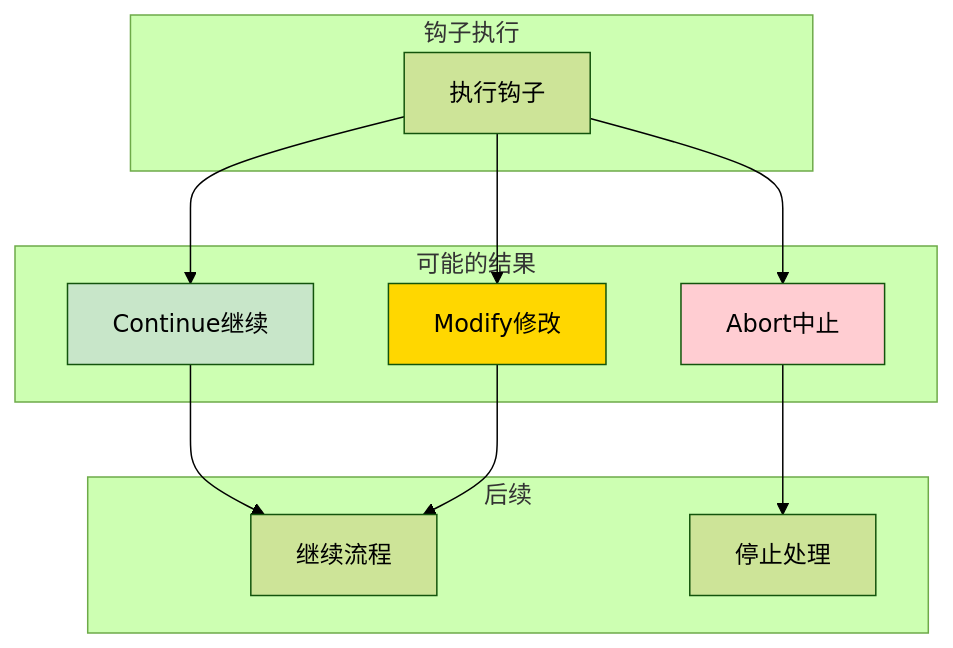
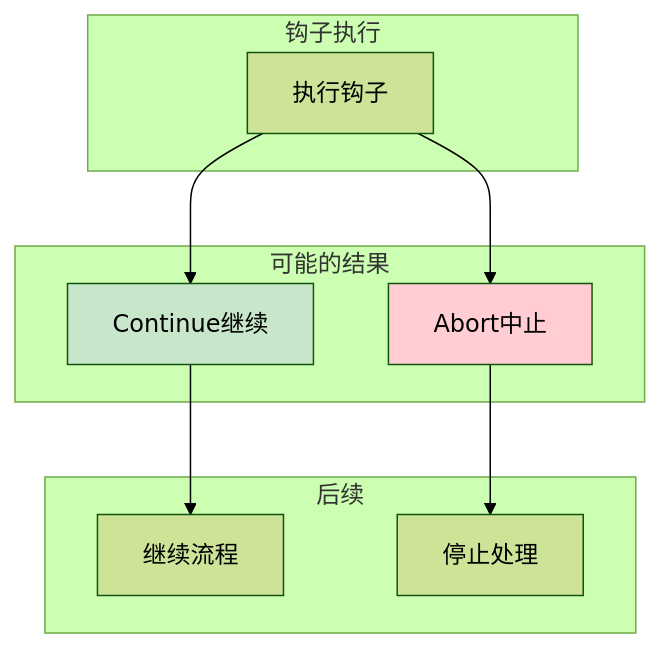
One commit to yeheng/nanobot-rs changed diagram 11 of 16 in docs/hooks.md. Above: the diagram before and after it, drawn with Mermaid (forest theme). The commit also changed other lines of this file and 35 other files, not shown here.

````diff
--- a/docs/hooks.md
+++ b/docs/hooks.md
@@ -279,29 +279,25 @@
 ```mermaid
 flowchart TB
     subgraph 钩子执行
         A[执行钩子]
     end
     
     subgraph 可能的结果
         C[Continue继续]
-        M[Modify修改]
         B[Abort中止]
     end
     
     subgraph 后续
         Next[继续流程]
         Stop[停止处理]
     end
     
     A --> C
-    A --> M
     A --> B
     
     C --> Next
-    M --> Next
     B --> Stop
     
     style C fill:#C8E6C9
-    style M fill:#FFD700
     style B fill:#FFCDD2
 ```
````
